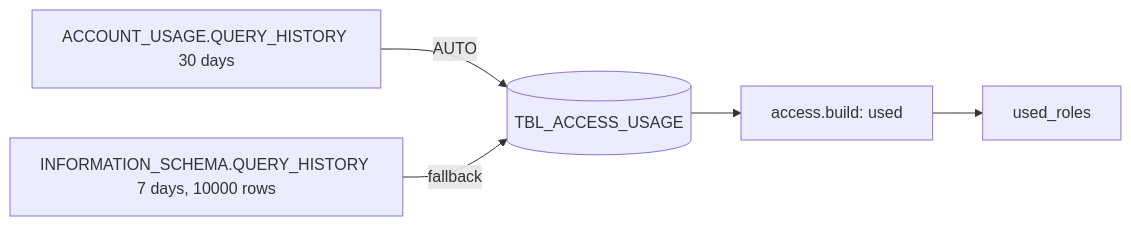
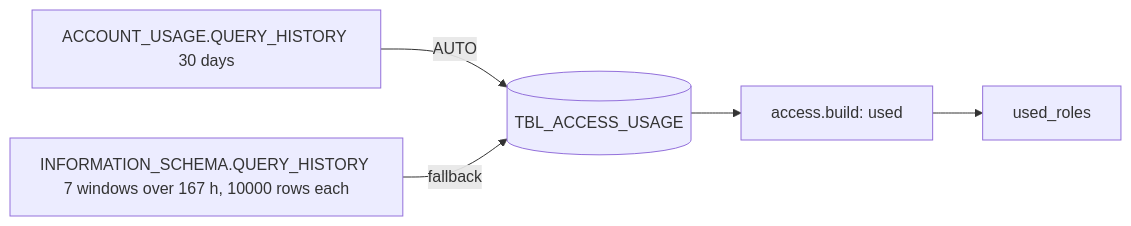
Before and after one commit to darshanmeel/snowflake-access-explorer: the diagram in snowflake-access-explorer-knowledge-graph/data/TBL_ACCESS_USAGE.md, drawn with Mermaid. The commit also changed other lines of this file and 86 other files, not shown here.

First line of the commit message:
Knowledge graph up to a71221c: paged pages, lazy graph boxes, read order, What changed at refresh, load steps

````diff
--- a/snowflake-access-explorer-knowledge-graph/data/TBL_ACCESS_USAGE.md
+++ b/snowflake-access-explorer-knowledge-graph/data/TBL_ACCESS_USAGE.md
@@ -4,6 +4,6 @@
 ```mermaid
 flowchart LR
   A[ACCOUNT_USAGE.QUERY_HISTORY 30 days] -->|AUTO| T[(TBL_ACCESS_USAGE)]
-  B[INFORMATION_SCHEMA.QUERY_HISTORY 7 days, 10000 rows] -->|fallback| T
+  B[INFORMATION_SCHEMA.QUERY_HISTORY 7 windows over 167 h, 10000 rows each] -->|fallback| T
   T --> U[access.build: used] --> R[used_roles]
 ```
````
